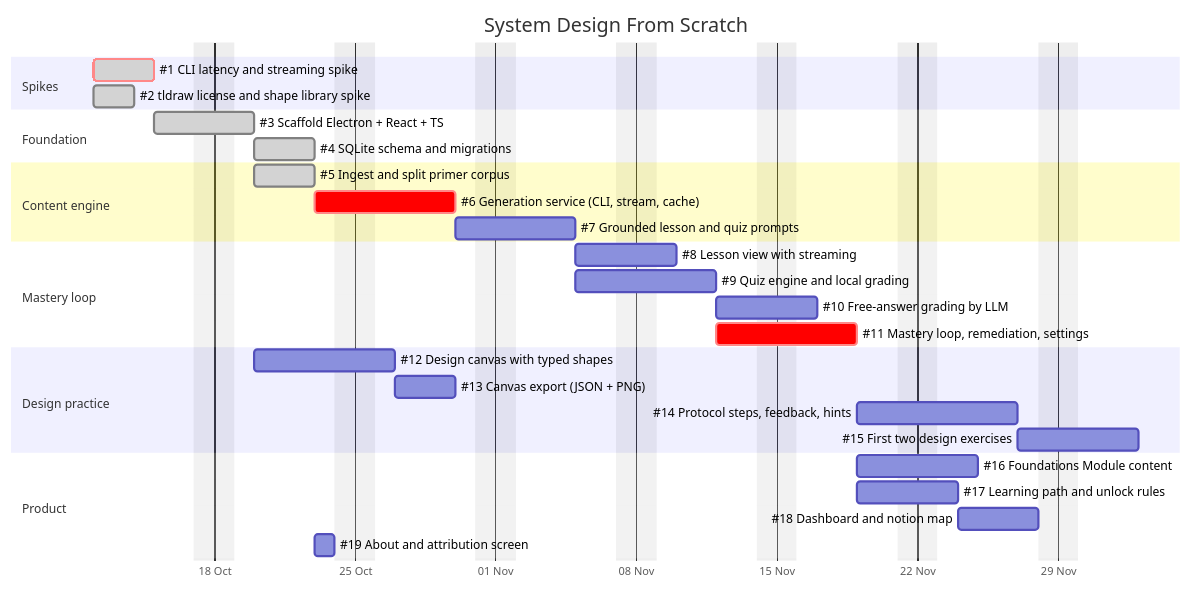
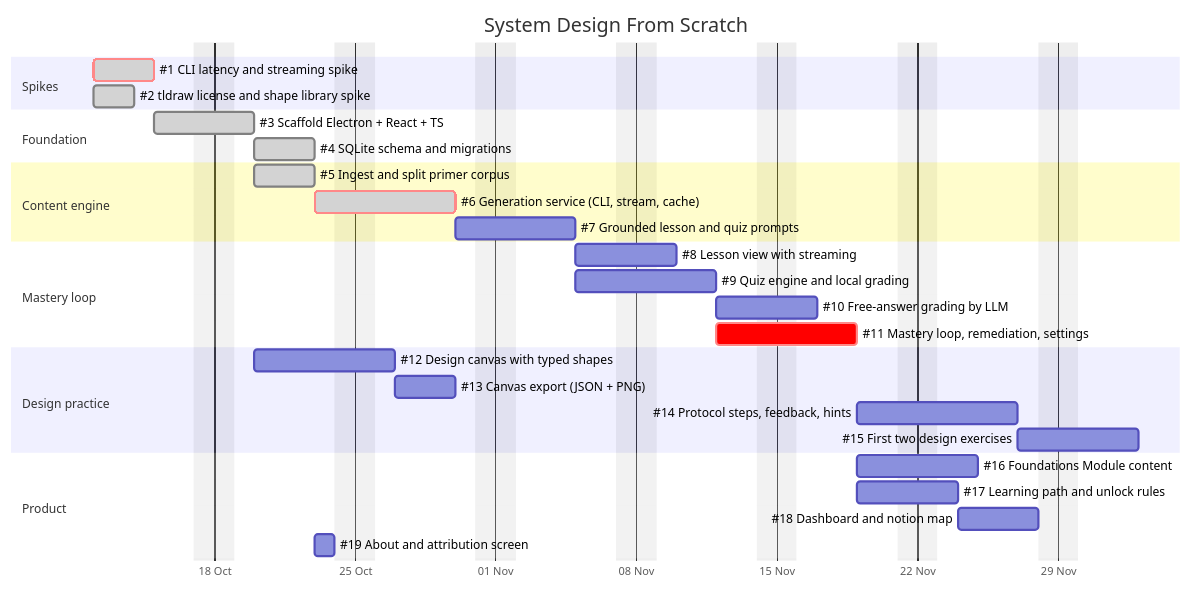
One commit to jbclaramonte/system-design-from-scratch changed the diagram in docs/ROADMAP.md. Above: the diagram before and after it, drawn with Mermaid. The commit also changed 40 other files, not shown here.

First line of the commit message:
feat: add Generation service driving the Claude Code CLI (#6)

````diff
--- a/docs/ROADMAP.md
+++ b/docs/ROADMAP.md
@@ -13,38 +13,38 @@
 ```mermaid
 gantt
     title System Design From Scratch
     dateFormat YYYY-MM-DD
     excludes weekends
     axisFormat %d %b
 
     section Spikes
     #1 CLI latency and streaming spike        :done, crit, s1, 2026-10-12, 3d
     #2 tldraw license and shape library spike :done, s2, 2026-10-12, 2d
 
     section Foundation
     #3 Scaffold Electron + React + TS         :done, f1, after s1, 3d
     #4 SQLite schema and migrations           :done, f2, after f1, 3d
 
     section Content engine
     #5 Ingest and split primer corpus         :done, c1, after f1, 3d
-    #6 Generation service (CLI, stream, cache):crit, c2, after f2, 5d
+    #6 Generation service (CLI, stream, cache):done, crit, c2, after f2, 5d
     #7 Grounded lesson and quiz prompts       :c3, after c1 c2, 4d
 
     section Mastery loop
     #8 Lesson view with streaming             :m1, after c3, 3d
     #9 Quiz engine and local grading          :m2, after c3, 5d
     #10 Free-answer grading by LLM            :m3, after m2, 3d
     #11 Mastery loop, remediation, settings   :crit, m4, after m1 m2, 5d
 
     section Design practice
     #12 Design canvas with typed shapes       :d1, after s2 f1, 5d
     #13 Canvas export (JSON + PNG)            :d2, after d1, 3d
     #14 Protocol steps, feedback, hints       :d3, after d2 m4, 6d
     #15 First two design exercises            :d4, after d3, 4d
 
     section Product
     #16 Foundations Module content            :p1, after m4, 4d
     #17 Learning path and unlock rules        :p2, after m4, 3d
     #18 Dashboard and notion map              :p3, after p2, 4d
     #19 About and attribution screen          :p4, after c1, 1d
 ```
````
